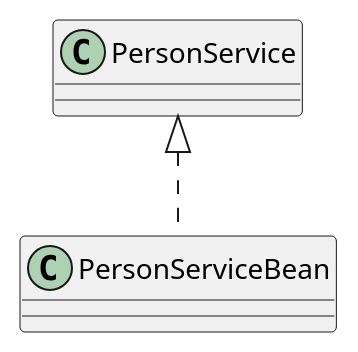
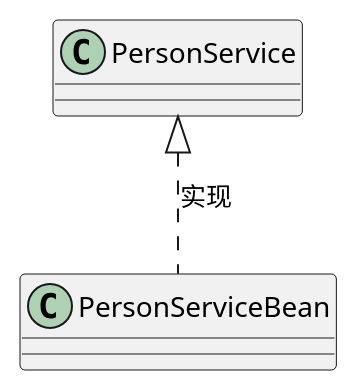
Before and after one commit to zymzz1996/design_pattern: the diagram in src/com/zym/uml/implementation/Implementation.puml, drawn with PlantUML. The commit also changed 7 other files, not shown here.

Commit message:
UML类图: 聚合关系

```diff
--- a/src/com/zym/uml/implementation/Implementation.puml
+++ b/src/com/zym/uml/implementation/Implementation.puml
@@ -1,11 +1,11 @@
 @startuml
 'https://plantuml.com/class-diagram
 '实现关系
 
 class PersonService
 class PersonServiceBean
 
-PersonService <|.. PersonServiceBean
+PersonService <|.. PersonServiceBean : 实现
 
 
 @enduml
```
